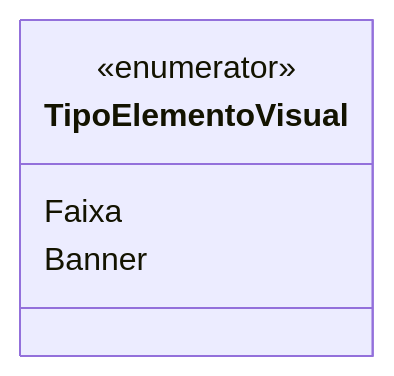
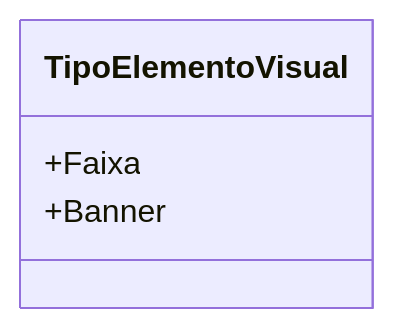
Before and after one commit to IsthmusSistemas/documentacao-tecnica: the diagram in docs/b2b-dominio/IsthmusWinthor.Nucleo/IsthmusWinthor.Dominio/Enumeradores/TipoElementoVisual.md, drawn with Mermaid. The commit also changed other lines of this file and 882 other files, not shown here.

````diff
--- a/docs/b2b-dominio/IsthmusWinthor.Nucleo/IsthmusWinthor.Dominio/Enumeradores/TipoElementoVisual.md
+++ b/docs/b2b-dominio/IsthmusWinthor.Nucleo/IsthmusWinthor.Dominio/Enumeradores/TipoElementoVisual.md
@@ -12,8 +12,7 @@
 ```mermaid
 classDiagram
     class TipoElementoVisual {
-        <<enumerator>>
-        Faixa
-        Banner
+        +Faixa
+        +Banner
     }
 ```
````
